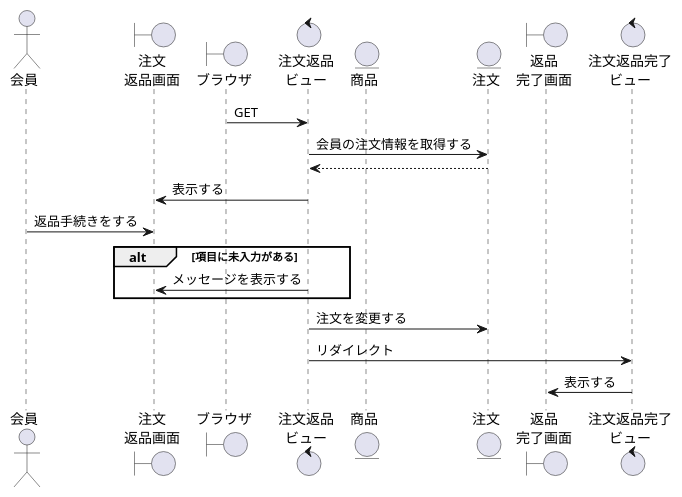
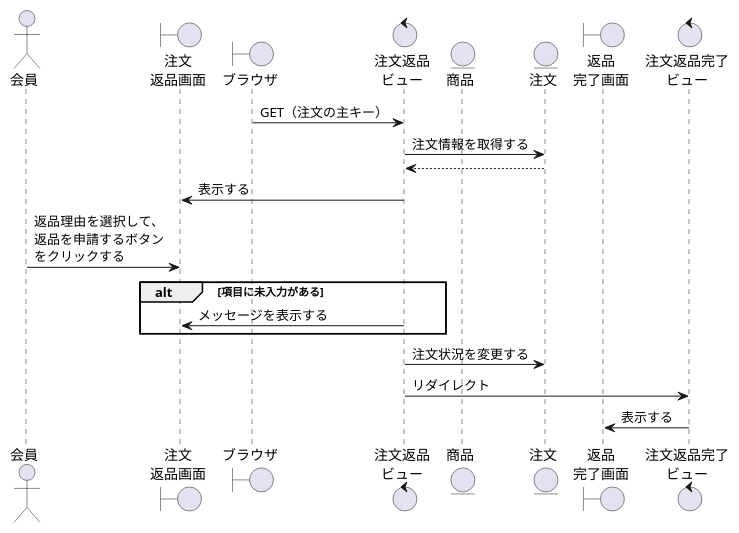
One commit to ysyk-wtnb16/team_D changed the diagram in BBショップ/返品.wsd. Above: the diagram before and after it, drawn with PlantUML. The commit also changed other lines of this file and 1 other file, not shown here.

```diff
--- a/BBショップ/返品.wsd
+++ b/BBショップ/返品.wsd
@@ -1,32 +1,33 @@
 @startuml return
 ' ①縦軸の並び順を決める
 actor "会員" as act
 boundary "注文\n返品画面" as orb
 ' コントローラーに初回アクセスするもの
 boundary "ブラウザ" as brz
 ' コントローラーまたはビューの名称を決める
 control "注文返品\nビュー" as orc
 ' DAOまたはモデルとなる
 entity "商品" as pdt
 entity "注文" as order
 boundary "返品\n完了画面" as orkb
 control "注文返品完了\nビュー" as orkc
 
-brz -> orc: GET
-orc -> order:会員の注文情報を取得する
+brz -> orc: GET（注文の主キー）
+' 主キーを使って取得する
+orc -> order:注文情報を取得する
 orc <-- order
 ' orc -> pdt:商品を取得する
 ' orc <-- pdt
 orb <- orc:表示する
-act -> orb:返品手続きをする
+act -> orb:返品理由を選択して、\n返品を申請するボタン\nをクリックする
 
 
 alt 項目に未入力がある
     orb <- orc:メッセージを表示する
 end
 
-orc -> order: 注文を変更する
+orc -> order: 注文状況を変更する
 orc -> orkc: リダイレクト
 orkb <- orkc:表示する
 
 @enduml
```
